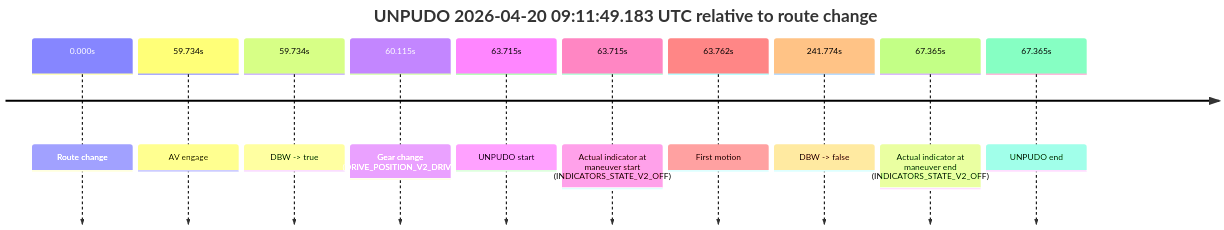
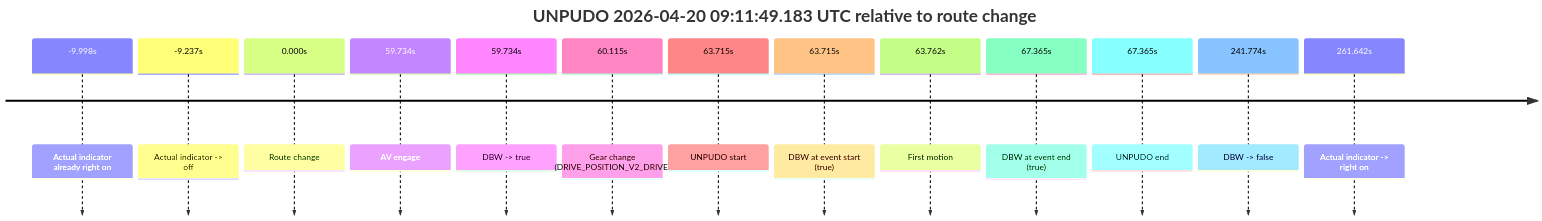
The second of 3 diagrams in model_analysis/report_cards/2026/04/Week-4/fme20031--2026-04-20--08-45-16--gen2-av-544911bc-40b2-4276-9415-335ea55a142c.md (yoelshapiro/vault), drawn with Mermaid before and after one commit. The commit also changed other lines of this file and 85 other files, not shown here.

````diff
--- a/model_analysis/report_cards/2026/04/Week-4/fme20031--2026-04-20--08-45-16--gen2-av-544911bc-40b2-4276-9415-335ea55a142c.md
+++ b/model_analysis/report_cards/2026/04/Week-4/fme20031--2026-04-20--08-45-16--gen2-av-544911bc-40b2-4276-9415-335ea55a142c.md
@@ -121,14 +135,17 @@
 ```mermaid
 timeline
     title UNPUDO 2026-04-20 09:11:49.183 UTC relative to route change
+    -9.998s : Actual indicator already right on
+    -9.237s : Actual indicator -> off
     0.000s : Route change
     59.734s : AV engage
     59.734s : DBW -> true
     60.115s : Gear change (DRIVE_POSITION_V2_DRIVE)
     63.715s : UNPUDO start
-    63.715s : Actual indicator at maneuver start (INDICATORS_STATE_V2_OFF)
+    63.715s : DBW at event start (true)
     63.762s : First motion
+    67.365s : DBW at event end (true)
+    67.365s : UNPUDO end
     241.774s : DBW -> false
-    67.365s : Actual indicator at maneuver end (INDICATORS_STATE_V2_OFF)
-    67.365s : UNPUDO end
+    261.642s : Actual indicator -> right on
 ```
````
